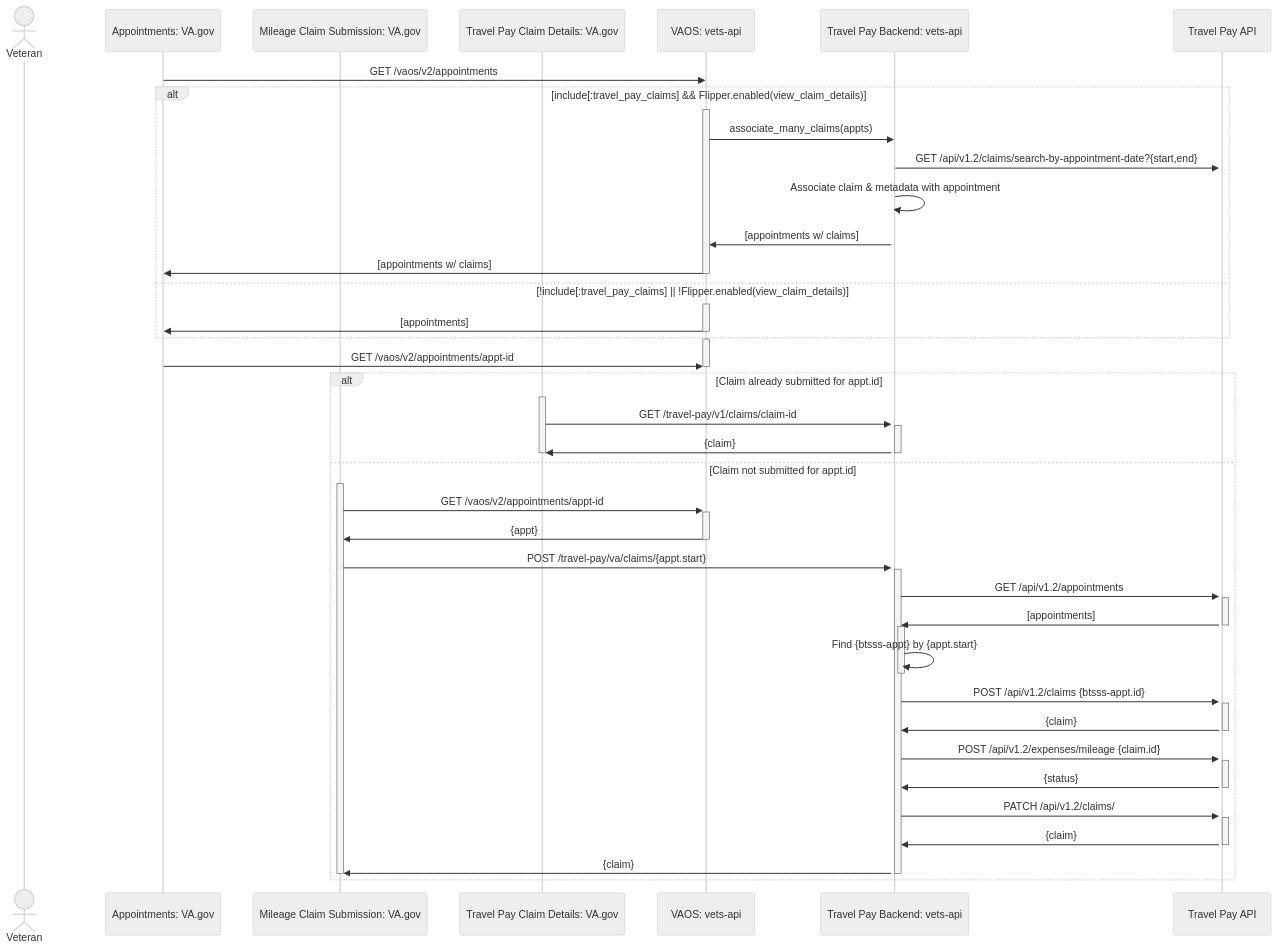
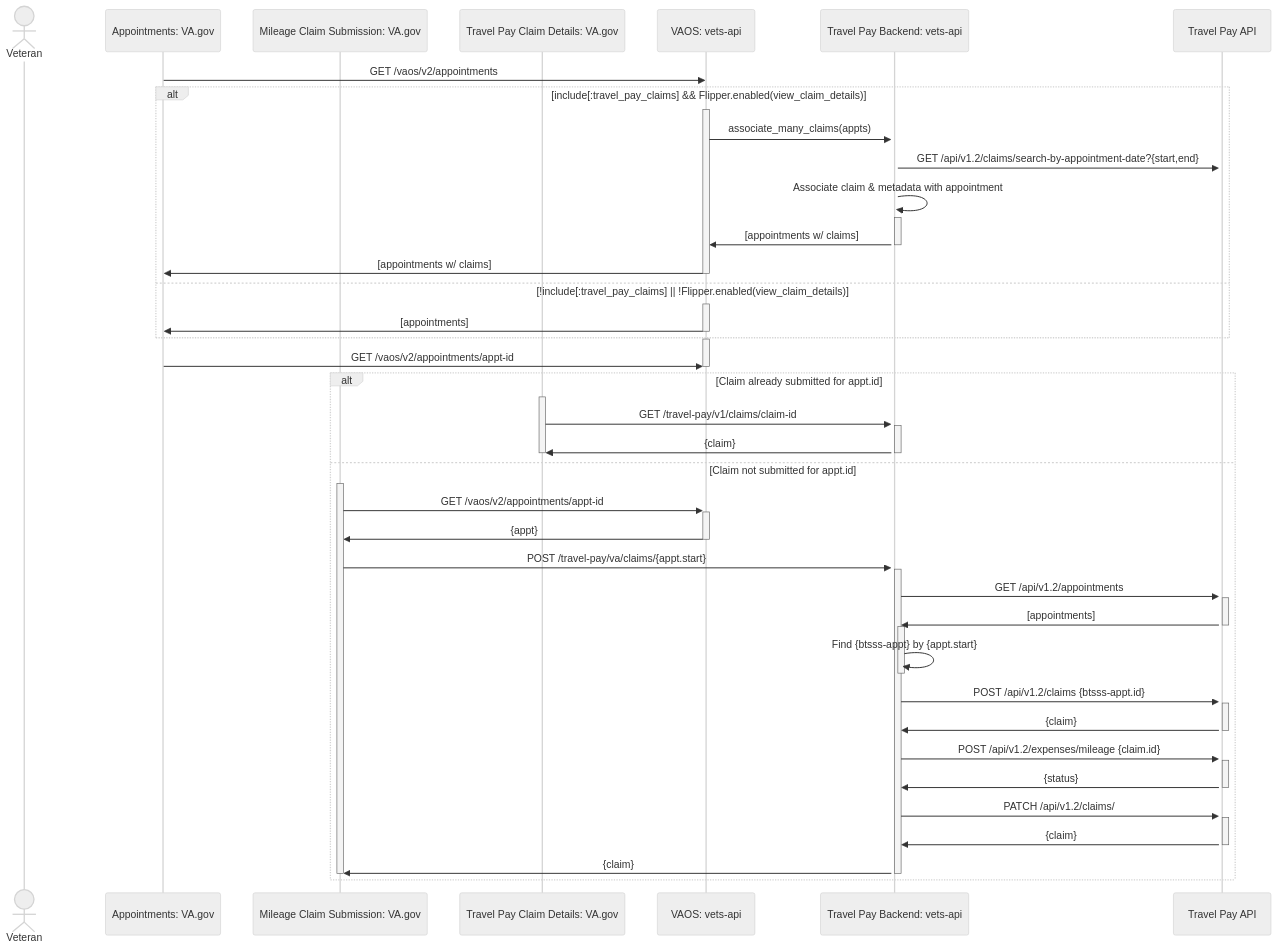
Before and after one commit to department-of-veterans-affairs/va.gov-team: the diagram in products/health-care/beneficiary-travel/engineering/submit-claim/full-sequence-diagram.md, drawn with Mermaid (neutral theme).

Commit message:
update sequence diagram

````diff
--- a/products/health-care/beneficiary-travel/engineering/submit-claim/full-sequence-diagram.md
+++ b/products/health-care/beneficiary-travel/engineering/submit-claim/full-sequence-diagram.md
@@ -5,79 +5,79 @@
 ```mermaid
 sequenceDiagram
   actor vet as Veteran
   participant appts as Appointments: VA.gov
   participant smoc as Mileage Claim Submission: VA.gov
   participant tcdeets as Travel Pay Claim Details: VA.gov
   participant vaos as VAOS: vets-api
   participant tpm  as Travel Pay Backend: vets-api
   participant tpapi as Travel Pay API
 
 
   %% User navigates to past appts
 
 
   appts ->> vaos: GET /vaos/v2/appointments
 
   alt include[:travel_pay_claims] && Flipper.enabled(view_claim_details)
     activate vaos
-      vaos ->> tpm: associate_many_claims(appts)
+      vaos ->>+ tpm: associate_many_claims(appts)
       tpm ->>+ tpapi: GET /api/v1.2/claims/search-by-appointment-date?{start,end}
       tpm ->>+ tpm: Associate claim & metadata with appointment
-      tpm ->> vaos: [appointments w/ claims]
+      tpm ->>- vaos: [appointments w/ claims]
       vaos ->> appts: [appointments w/ claims]
     deactivate vaos
   else !include[:travel_pay_claims] || !Flipper.enabled(view_claim_details)
     activate vaos
       vaos ->> appts: [appointments]
     deactivate vaos
   end
 
   %% User navigates to claim details
 
   activate vaos
   appts ->> vaos: GET /vaos/v2/appointments/appt-id
   deactivate vaos
 
   alt Claim already submitted for appt.id
 
 
     %% User clicks view claim link
 
 
     activate tcdeets
       tcdeets ->>+ tpm: GET /travel-pay/v1/claims/claim-id
       tpm ->>- tcdeets: {claim}
     deactivate tcdeets
   else Claim not submitted for appt.id
 
 
     %% User clicks submit claim link
 
 
     activate smoc
       smoc ->>+ vaos: GET /vaos/v2/appointments/appt-id
       vaos ->>- smoc: {appt}
       smoc ->> tpm: POST /travel-pay/va/claims/{appt.start}
 
       activate tpm
         tpm ->>+ tpapi: GET /api/v1.2/appointments
         tpapi ->>- tpm: [appointments]
 
         activate tpm
           tpm ->> tpm: Find {btsss-appt} by {appt.start}
         deactivate tpm
 
         tpm ->>+ tpapi: POST /api/v1.2/claims {btsss-appt.id}
         tpapi ->>- tpm: {claim}
 
         tpm ->>+ tpapi: POST /api/v1.2/expenses/mileage {claim.id}
         tpapi ->>- tpm: {status}
 
         tpm ->>+ tpapi: PATCH /api/v1.2/claims/#{claim.id}/submit
         tpapi ->>- tpm: {claim}
 
         tpm ->> smoc: {claim}
       deactivate tpm
     deactivate smoc
   end
 ```
````
